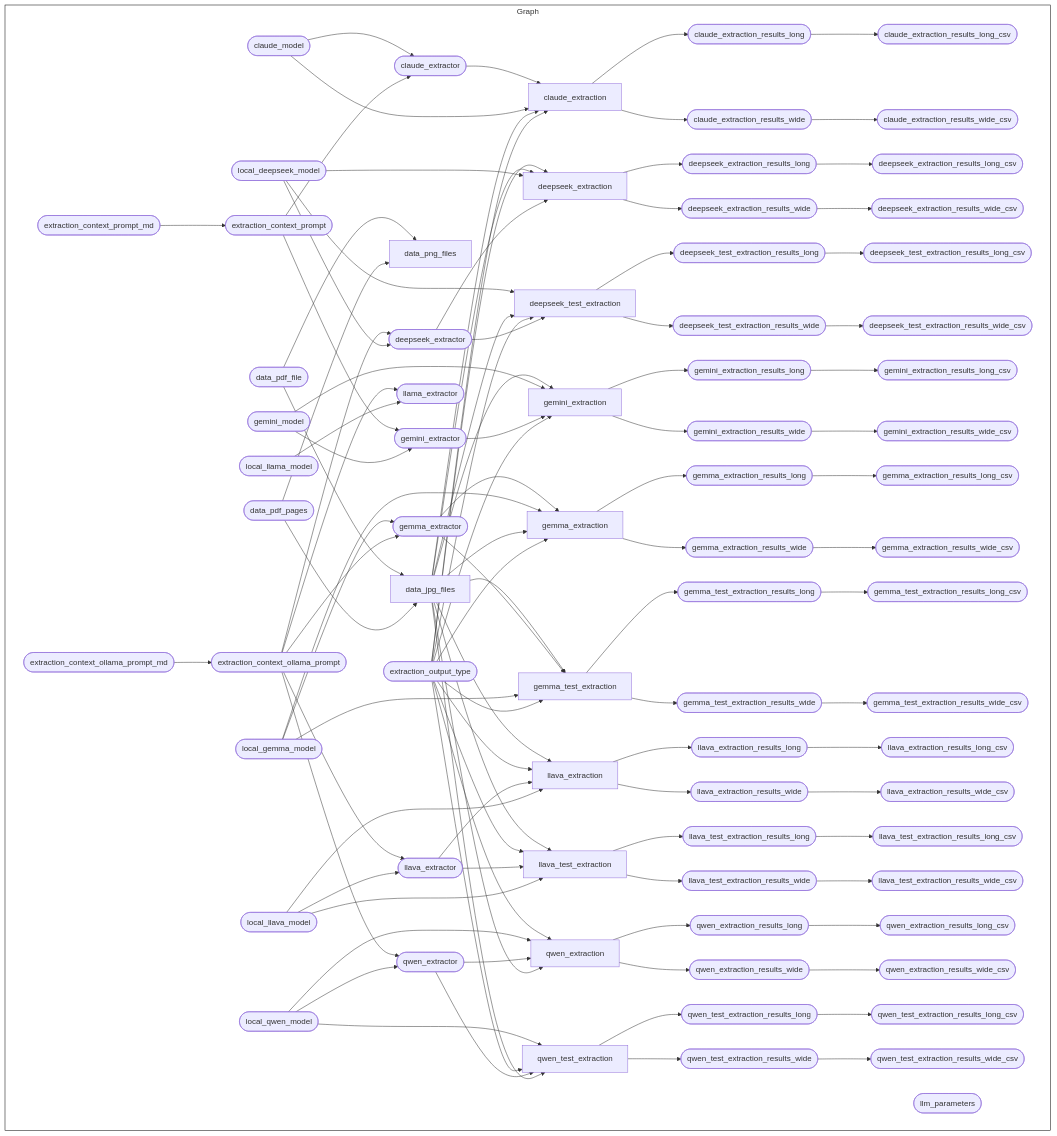
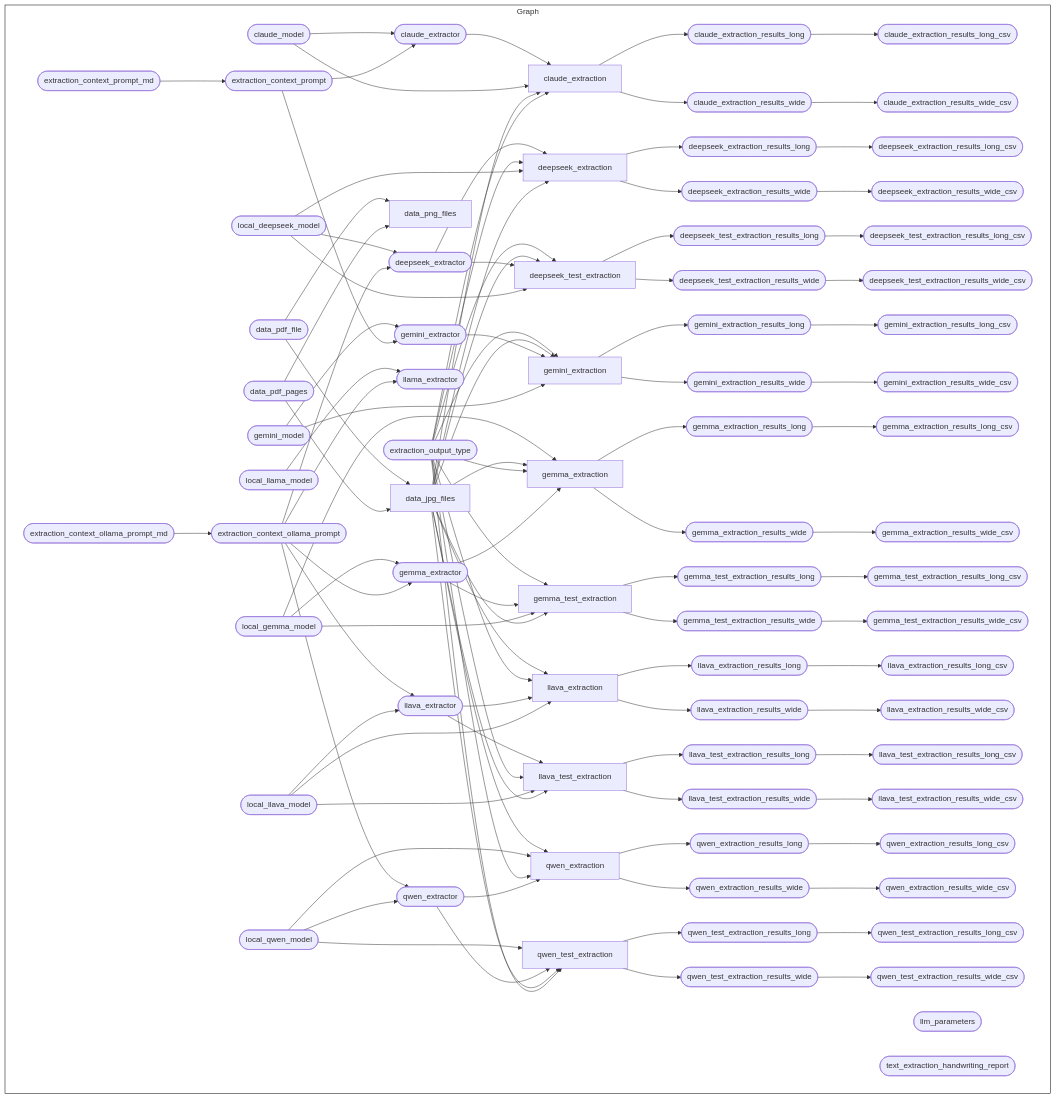
Before and after one commit to OxfordIHTM/computer-vision-demo: the diagram in README.md, drawn with Mermaid. The commit also changed 3 other files, not shown here.

````diff
--- a/README.md
+++ b/README.md
@@ -298,56 +298,56 @@
     xe79485d2cbaf929c(["data_pdf_pages"]):::skipped --> xcde58b2bce8a2260["data_jpg_files"]:::skipped
     xf64c2f26e3ae28ce(["data_pdf_file"]):::skipped --> x6fd840ed377697c4["data_png_files"]:::queued
     xe79485d2cbaf929c(["data_pdf_pages"]):::skipped --> x6fd840ed377697c4["data_png_files"]:::queued
+    xf407d53739ed0632(["deepseek_extractor"]):::queued --> xb9f66fc85a4f1ea1["deepseek_extraction"]:::queued
     x487a49d42720222c(["extraction_output_type"]):::skipped --> xb9f66fc85a4f1ea1["deepseek_extraction"]:::queued
+    xb957a37aad5b67c5(["local_deepseek_model"]):::queued --> xb9f66fc85a4f1ea1["deepseek_extraction"]:::queued
     xcde58b2bce8a2260["data_jpg_files"]:::skipped --> xb9f66fc85a4f1ea1["deepseek_extraction"]:::queued
-    xb957a37aad5b67c5(["local_deepseek_model"]):::queued --> xb9f66fc85a4f1ea1["deepseek_extraction"]:::queued
-    xf407d53739ed0632(["deepseek_extractor"]):::queued --> xb9f66fc85a4f1ea1["deepseek_extraction"]:::queued
     xb9f66fc85a4f1ea1["deepseek_extraction"]:::queued --> x9d3427148e3c7932(["deepseek_extraction_results_long"]):::queued
     x9d3427148e3c7932(["deepseek_extraction_results_long"]):::queued --> xe28ab1ac941e0e79(["deepseek_extraction_results_long_csv"]):::queued
     xb9f66fc85a4f1ea1["deepseek_extraction"]:::queued --> x7702ede3c10795a2(["deepseek_extraction_results_wide"]):::queued
     x7702ede3c10795a2(["deepseek_extraction_results_wide"]):::queued --> x3a91cc767d5c7ea7(["deepseek_extraction_results_wide_csv"]):::queued
+    xb957a37aad5b67c5(["local_deepseek_model"]):::queued --> xf407d53739ed0632(["deepseek_extractor"]):::queued
     xd80b74a2359c73d0(["extraction_context_ollama_prompt"]):::queued --> xf407d53739ed0632(["deepseek_extractor"]):::queued
-    xb957a37aad5b67c5(["local_deepseek_model"]):::queued --> xf407d53739ed0632(["deepseek_extractor"]):::queued
+    x487a49d42720222c(["extraction_output_type"]):::skipped --> xe59d676cc895fc8f["deepseek_test_extraction"]:::queued
+    xcde58b2bce8a2260["data_jpg_files"]:::skipped --> xe59d676cc895fc8f["deepseek_test_extraction"]:::queued
+    xf407d53739ed0632(["deepseek_extractor"]):::queued --> xe59d676cc895fc8f["deepseek_test_extraction"]:::queued
     xb957a37aad5b67c5(["local_deepseek_model"]):::queued --> xe59d676cc895fc8f["deepseek_test_extraction"]:::queued
-    xcde58b2bce8a2260["data_jpg_files"]:::skipped --> xe59d676cc895fc8f["deepseek_test_extraction"]:::queued
-    x487a49d42720222c(["extraction_output_type"]):::skipped --> xe59d676cc895fc8f["deepseek_test_extraction"]:::queued
-    xf407d53739ed0632(["deepseek_extractor"]):::queued --> xe59d676cc895fc8f["deepseek_test_extraction"]:::queued
     xe59d676cc895fc8f["deepseek_test_extraction"]:::queued --> x6c665d10c6870385(["deepseek_test_extraction_results_long"]):::queued
     x6c665d10c6870385(["deepseek_test_extraction_results_long"]):::queued --> x30ec6b0f291bd945(["deepseek_test_extraction_results_long_csv"]):::queued
     xe59d676cc895fc8f["deepseek_test_extraction"]:::queued --> xa451048dda449ee3(["deepseek_test_extraction_results_wide"]):::queued
     xa451048dda449ee3(["deepseek_test_extraction_results_wide"]):::queued --> x4225704dcf8d5b90(["deepseek_test_extraction_results_wide_csv"]):::queued
     x19b243cb36860f10(["extraction_context_ollama_prompt_md"]):::queued --> xd80b74a2359c73d0(["extraction_context_ollama_prompt"]):::queued
     xa765f8be0f1473b7(["extraction_context_prompt_md"]):::skipped --> x982a35c892e245ee(["extraction_context_prompt"]):::skipped
+    x487a49d42720222c(["extraction_output_type"]):::skipped --> xd63226de7dd05e61["gemini_extraction"]:::queued
     xcde58b2bce8a2260["data_jpg_files"]:::skipped --> xd63226de7dd05e61["gemini_extraction"]:::queued
+    x8cb7c7e0b9710ea2(["gemini_extractor"]):::queued --> xd63226de7dd05e61["gemini_extraction"]:::queued
     x672b0658cd7f304b(["gemini_model"]):::queued --> xd63226de7dd05e61["gemini_extraction"]:::queued
-    x8cb7c7e0b9710ea2(["gemini_extractor"]):::queued --> xd63226de7dd05e61["gemini_extraction"]:::queued
-    x487a49d42720222c(["extraction_output_type"]):::skipped --> xd63226de7dd05e61["gemini_extraction"]:::queued
     xd63226de7dd05e61["gemini_extraction"]:::queued --> x74163c06113c69a6(["gemini_extraction_results_long"]):::queued
     x74163c06113c69a6(["gemini_extraction_results_long"]):::queued --> xe689a9e1837e69cd(["gemini_extraction_results_long_csv"]):::queued
     xd63226de7dd05e61["gemini_extraction"]:::queued --> x42136a1fb4ba6630(["gemini_extraction_results_wide"]):::queued
     x42136a1fb4ba6630(["gemini_extraction_results_wide"]):::queued --> xdc3f4afed08325fd(["gemini_extraction_results_wide_csv"]):::queued
+    x672b0658cd7f304b(["gemini_model"]):::queued --> x8cb7c7e0b9710ea2(["gemini_extractor"]):::queued
     x982a35c892e245ee(["extraction_context_prompt"]):::skipped --> x8cb7c7e0b9710ea2(["gemini_extractor"]):::queued
-    x672b0658cd7f304b(["gemini_model"]):::queued --> x8cb7c7e0b9710ea2(["gemini_extractor"]):::queued
-    xbdacf1efe57d11ba(["gemma_extractor"]):::queued --> x2f31c96882d08d36["gemma_extraction"]:::queued
     xba597cd142706396(["local_gemma_model"]):::queued --> x2f31c96882d08d36["gemma_extraction"]:::queued
     xcde58b2bce8a2260["data_jpg_files"]:::skipped --> x2f31c96882d08d36["gemma_extraction"]:::queued
     x487a49d42720222c(["extraction_output_type"]):::skipped --> x2f31c96882d08d36["gemma_extraction"]:::queued
+    xbdacf1efe57d11ba(["gemma_extractor"]):::queued --> x2f31c96882d08d36["gemma_extraction"]:::queued
     x2f31c96882d08d36["gemma_extraction"]:::queued --> x7e34c15b1d973e25(["gemma_extraction_results_long"]):::queued
     x7e34c15b1d973e25(["gemma_extraction_results_long"]):::queued --> x8a71c7458dd683e5(["gemma_extraction_results_long_csv"]):::queued
     x2f31c96882d08d36["gemma_extraction"]:::queued --> xa07b32cf519821a0(["gemma_extraction_results_wide"]):::queued
     xa07b32cf519821a0(["gemma_extraction_results_wide"]):::queued --> x5519b8ccb400447f(["gemma_extraction_results_wide_csv"]):::queued
     xba597cd142706396(["local_gemma_model"]):::queued --> xbdacf1efe57d11ba(["gemma_extractor"]):::queued
     xd80b74a2359c73d0(["extraction_context_ollama_prompt"]):::queued --> xbdacf1efe57d11ba(["gemma_extractor"]):::queued
-    xcde58b2bce8a2260["data_jpg_files"]:::skipped --> x883eafa12b623704["gemma_test_extraction"]:::queued
+    x487a49d42720222c(["extraction_output_type"]):::skipped --> x883eafa12b623704["gemma_test_extraction"]:::queued
     xbdacf1efe57d11ba(["gemma_extractor"]):::queued --> x883eafa12b623704["gemma_test_extraction"]:::queued
     xba597cd142706396(["local_gemma_model"]):::queued --> x883eafa12b623704["gemma_test_extraction"]:::queued
-    x487a49d42720222c(["extraction_output_type"]):::skipped --> x883eafa12b623704["gemma_test_extraction"]:::queued
+    xcde58b2bce8a2260["data_jpg_files"]:::skipped --> x883eafa12b623704["gemma_test_extraction"]:::queued
     x883eafa12b623704["gemma_test_extraction"]:::queued --> x36d8fe351758d6a9(["gemma_test_extraction_results_long"]):::queued
     x36d8fe351758d6a9(["gemma_test_extraction_results_long"]):::queued --> x1ec973b6bac53778(["gemma_test_extraction_results_long_csv"]):::queued
     x883eafa12b623704["gemma_test_extraction"]:::queued --> x0ce1edbb890bba38(["gemma_test_extraction_results_wide"]):::queued
     x0ce1edbb890bba38(["gemma_test_extraction_results_wide"]):::queued --> x387ba000a6d84241(["gemma_test_extraction_results_wide_csv"]):::queued
+    x99f03a7148fda570(["local_llama_model"]):::queued --> xf54b87b127ae79c8(["llama_extractor"]):::queued
     xd80b74a2359c73d0(["extraction_context_ollama_prompt"]):::queued --> xf54b87b127ae79c8(["llama_extractor"]):::queued
-    x99f03a7148fda570(["local_llama_model"]):::queued --> xf54b87b127ae79c8(["llama_extractor"]):::queued
     xcde58b2bce8a2260["data_jpg_files"]:::skipped --> x7d2a167978f3a966["llava_extraction"]:::queued
     x487a49d42720222c(["extraction_output_type"]):::skipped --> x7d2a167978f3a966["llava_extraction"]:::queued
     x0de051b4924b82bb(["llava_extractor"]):::queued --> x7d2a167978f3a966["llava_extraction"]:::queued
@@ -358,18 +358,18 @@
     x262523e0f122aefe(["llava_extraction_results_wide"]):::queued --> x548ef0395fb55db8(["llava_extraction_results_wide_csv"]):::queued
     xd80b74a2359c73d0(["extraction_context_ollama_prompt"]):::queued --> x0de051b4924b82bb(["llava_extractor"]):::queued
     x0621d4c5bb5ff06b(["local_llava_model"]):::queued --> x0de051b4924b82bb(["llava_extractor"]):::queued
+    x0de051b4924b82bb(["llava_extractor"]):::queued --> x9b13583cb72b43c0["llava_test_extraction"]:::queued
+    x487a49d42720222c(["extraction_output_type"]):::skipped --> x9b13583cb72b43c0["llava_test_extraction"]:::queued
+    x0621d4c5bb5ff06b(["local_llava_model"]):::queued --> x9b13583cb72b43c0["llava_test_extraction"]:::queued
     xcde58b2bce8a2260["data_jpg_files"]:::skipped --> x9b13583cb72b43c0["llava_test_extraction"]:::queued
-    x487a49d42720222c(["extraction_output_type"]):::skipped --> x9b13583cb72b43c0["llava_test_extraction"]:::queued
-    x0de051b4924b82bb(["llava_extractor"]):::queued --> x9b13583cb72b43c0["llava_test_extraction"]:::queued
-    x0621d4c5bb5ff06b(["local_llava_model"]):::queued --> x9b13583cb72b43c0["llava_test_extraction"]:::queued
     x9b13583cb72b43c0["llava_test_extraction"]:::queued --> x319f594111601f0f(["llava_test_extraction_results_long"]):::queued
     x319f594111601f0f(["llava_test_extraction_results_long"]):::queued --> x2dacde614d6a9bfc(["llava_test_extraction_results_long_csv"]):::queued
     x9b13583cb72b43c0["llava_test_extraction"]:::queued --> x43c3f787880b2df8(["llava_test_extraction_results_wide"]):::queued
     x43c3f787880b2df8(["llava_test_extraction_results_wide"]):::queued --> xb18bb5f97a082448(["llava_test_extraction_results_wide_csv"]):::queued
+    xcde58b2bce8a2260["data_jpg_files"]:::skipped --> x5548d9f90749db86["qwen_extraction"]:::queued
+    x01ce8cbced893885(["local_qwen_model"]):::queued --> x5548d9f90749db86["qwen_extraction"]:::queued
     x487a49d42720222c(["extraction_output_type"]):::skipped --> x5548d9f90749db86["qwen_extraction"]:::queued
-    x01ce8cbced893885(["local_qwen_model"]):::queued --> x5548d9f90749db86["qwen_extraction"]:::queued
     x15a3fb4d9a651239(["qwen_extractor"]):::queued --> x5548d9f90749db86["qwen_extraction"]:::queued
-    xcde58b2bce8a2260["data_jpg_files"]:::skipped --> x5548d9f90749db86["qwen_extraction"]:::queued
     x5548d9f90749db86["qwen_extraction"]:::queued --> xa114d4d648a2a1db(["qwen_extraction_results_long"]):::queued
     xa114d4d648a2a1db(["qwen_extraction_results_long"]):::queued --> x6fcfa845364f7247(["qwen_extraction_results_long_csv"]):::queued
     x5548d9f90749db86["qwen_extraction"]:::queued --> xe9a3b44daee2cf8f(["qwen_extraction_results_wide"]):::queued
@@ -377,13 +377,14 @@
     xd80b74a2359c73d0(["extraction_context_ollama_prompt"]):::queued --> x15a3fb4d9a651239(["qwen_extractor"]):::queued
     x01ce8cbced893885(["local_qwen_model"]):::queued --> x15a3fb4d9a651239(["qwen_extractor"]):::queued
     x01ce8cbced893885(["local_qwen_model"]):::queued --> xd726feef05e5de04["qwen_test_extraction"]:::queued
-    x487a49d42720222c(["extraction_output_type"]):::skipped --> xd726feef05e5de04["qwen_test_extraction"]:::queued
     x15a3fb4d9a651239(["qwen_extractor"]):::queued --> xd726feef05e5de04["qwen_test_extraction"]:::queued
     xcde58b2bce8a2260["data_jpg_files"]:::skipped --> xd726feef05e5de04["qwen_test_extraction"]:::queued
+    x487a49d42720222c(["extraction_output_type"]):::skipped --> xd726feef05e5de04["qwen_test_extraction"]:::queued
     xd726feef05e5de04["qwen_test_extraction"]:::queued --> xf4353db910e1d59b(["qwen_test_extraction_results_long"]):::queued
     xf4353db910e1d59b(["qwen_test_extraction_results_long"]):::queued --> x3988122db08b148d(["qwen_test_extraction_results_long_csv"]):::queued
     xd726feef05e5de04["qwen_test_extraction"]:::queued --> x51c9e4dda51c1eea(["qwen_test_extraction_results_wide"]):::queued
     x51c9e4dda51c1eea(["qwen_test_extraction_results_wide"]):::queued --> x1b039eada4aea116(["qwen_test_extraction_results_wide_csv"]):::queued
     xa87a62a227d5e627(["llm_parameters"]):::queued
+    xec2d391ea0f39691(["text_extraction_handwriting_report"]):::queued
   end
 ```
````
